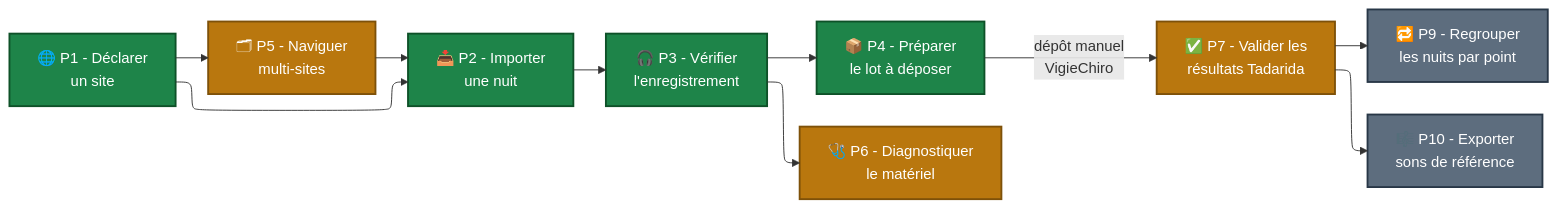
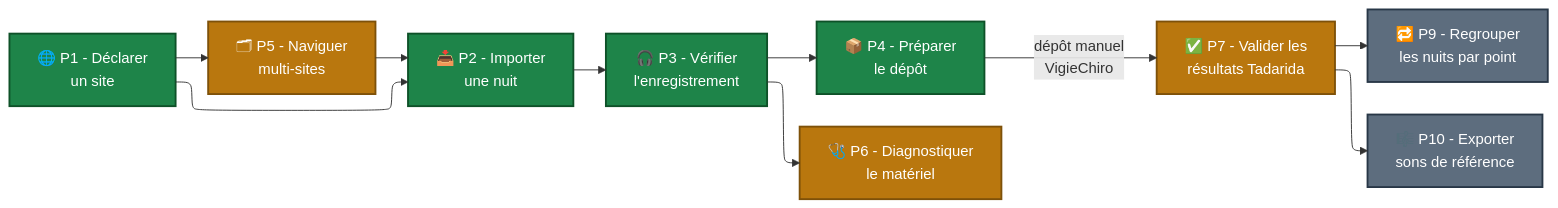
Before and after one commit to IUTInfoAix-S201/brief: the diagram in docs/Analyse et conception/Parcours utilisateurs/Topologie - plein écran.md, drawn with Mermaid. The commit also changed 27 other files, not shown here.

````diff
--- a/docs/Analyse et conception/Parcours utilisateurs/Topologie - plein écran.md
+++ b/docs/Analyse et conception/Parcours utilisateurs/Topologie - plein écran.md
@@ -28,22 +28,22 @@
 ```mermaid
 %%{init: {"flowchart": {"defaultRenderer": "elk"}, "themeCSS": ".nodeLabel, .nodeLabel p, .nodeLabel span { color: #fff !important; fill: #fff !important; }"}}%%
 flowchart LR
     P1[🌐 P1 - Déclarer<br/>un site] --> P2[📥 P2 - Importer<br/>une nuit]
     P2 --> P3[🎧 P3 - Vérifier<br/>l'enregistrement]
-    P3 --> P4[📦 P4 - Préparer<br/>le lot à déposer]
+    P3 --> P4[📦 P4 - Préparer<br/>le dépôt]
     P4 -->|dépôt manuel<br/>VigieChiro| P7[✅ P7 - Valider les<br/>résultats Tadarida]
 
     P1 --> P5[🗂 P5 - Naviguer<br/>multi-sites]
     P5 --> P2
     P3 --> P6[🩺 P6 - Diagnostiquer<br/>le matériel]
 
     P7 --> P9[🔁 P9 - Regrouper<br/>les nuits par point]
     P7 --> P10[🎼 P10 - Exporter<br/>sons de référence]
 
     classDef must fill:#1e8449,stroke:#0e5128,color:#fff,stroke-width:2px
     classDef should fill:#b9770e,stroke:#7e5109,color:#fff,stroke-width:2px
     classDef could fill:#5d6d7e,stroke:#283747,color:#fff,stroke-width:2px
     class P1,P2,P3,P4 must
     class P5,P6,P7 should
     class P9,P10 could
 ```
````
